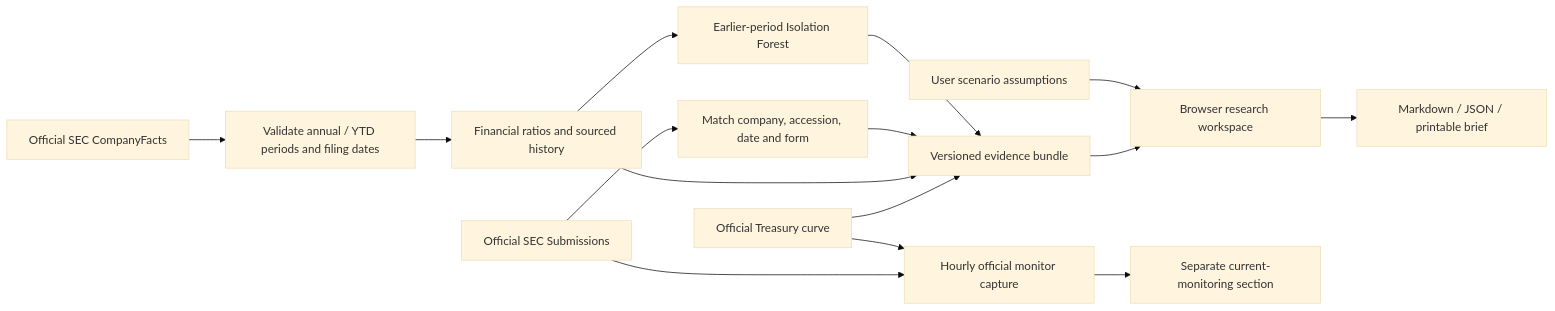
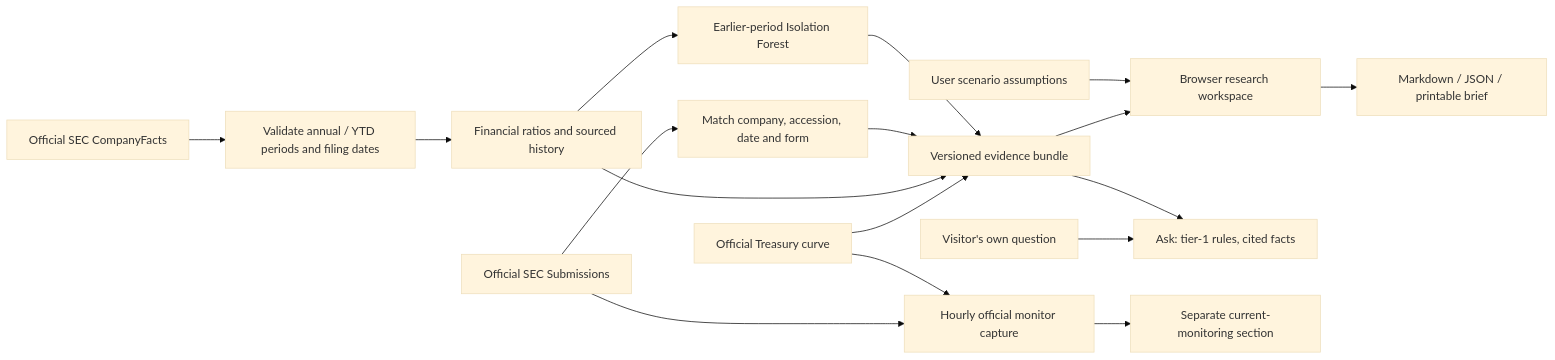
One commit to leon1111-wgl/finscope changed the diagram in README.md. Above: the diagram before and after it, drawn with Mermaid (base theme). The commit also changed other lines of this file and 9 other files, not shown here.

````diff
--- a/README.md
+++ b/README.md
@@ -61,17 +68,19 @@
 ```mermaid
 flowchart LR
   S[Official SEC CompanyFacts] --> V[Validate annual / YTD periods and filing dates]
   V --> F[Financial ratios and sourced history]
   F --> M[Earlier-period Isolation Forest]
   T[Official Treasury curve] --> B[Versioned evidence bundle]
   F --> B
   D[Official SEC Submissions] --> L[Match company, accession, date and form]
   L --> B
   M --> B
   B --> U[Browser research workspace]
+  Q[Visitor's own question] --> K[Ask: tier-1 rules, cited facts]
+  B --> K
   A[User scenario assumptions] --> U
   U --> R[Markdown / JSON / printable brief]
   D --> C[Hourly official monitor capture]
   T --> C
   C --> W[Separate current-monitoring section]
 ```
````
